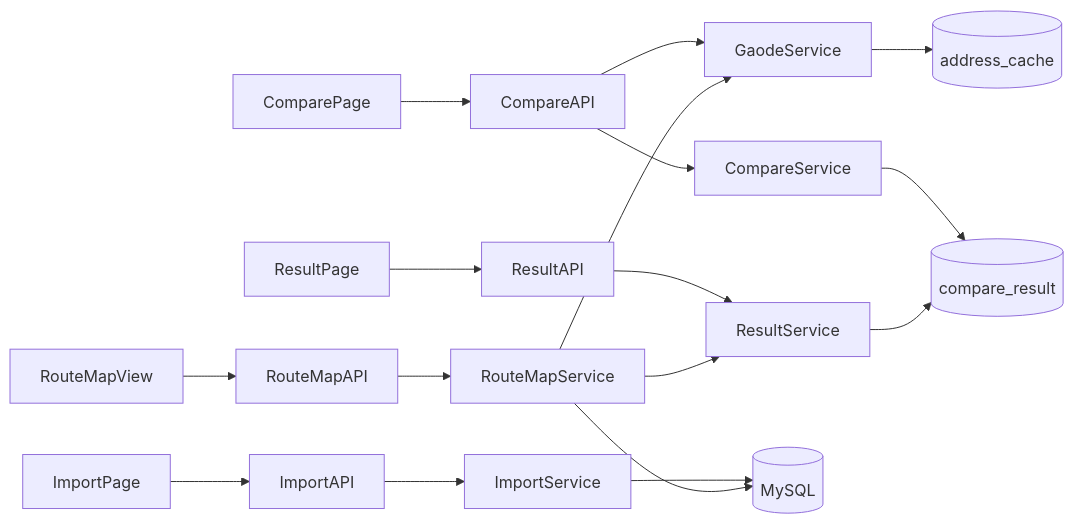
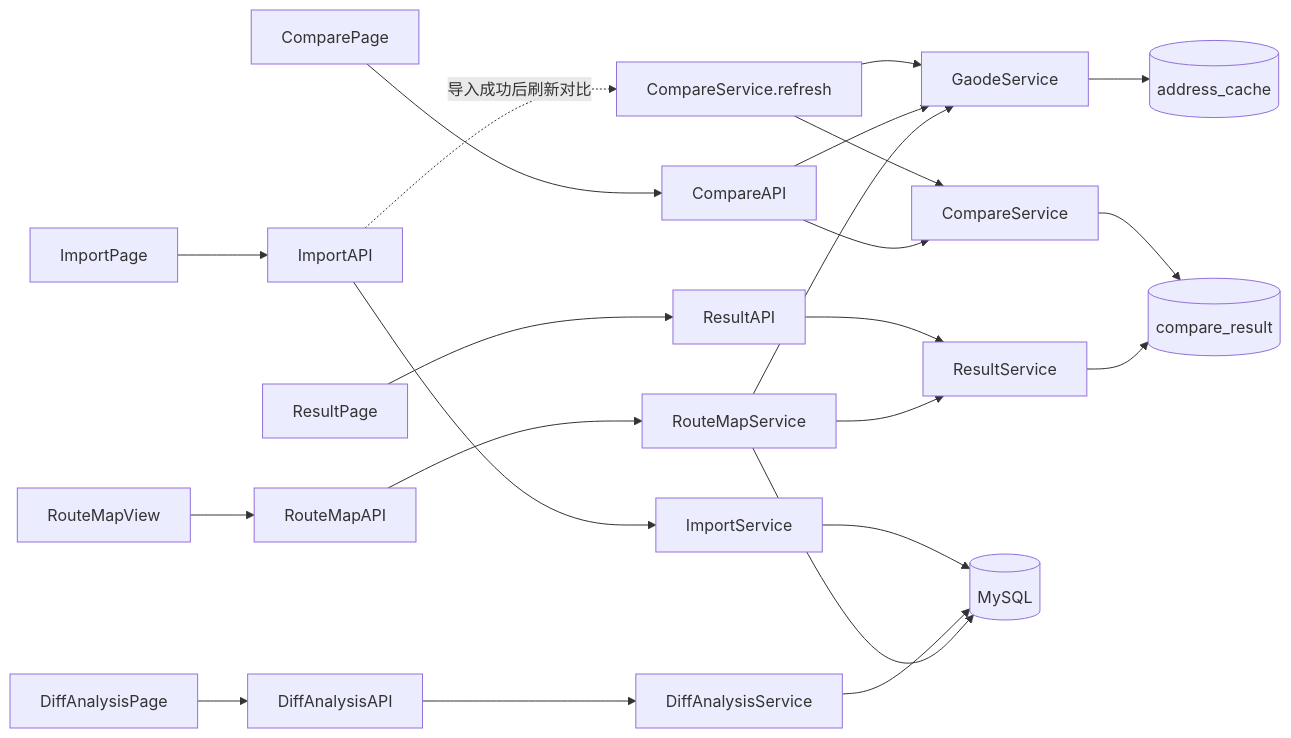
Before and after one commit to immtt/my-cursor-project: the first of 3 diagrams in docs/智能排线研发开发设计文档_V1.1.md, drawn with Mermaid. The commit also changed other lines of this file and 12 other files, not shown here.

First line of the commit message:
feat: 差异分析一店多车、路线地图与侧栏品牌

````diff
--- a/docs/智能排线研发开发设计文档_V1.1.md
+++ b/docs/智能排线研发开发设计文档_V1.1.md
@@ -28,19 +28,25 @@
 ```mermaid
 flowchart LR
   importPage[ImportPage] --> importApi[ImportAPI]
   comparePage[ComparePage] --> compareApi[CompareAPI]
   resultPage[ResultPage] --> resultApi[ResultAPI]
+  diffPage[DiffAnalysisPage] --> diffApi[DiffAnalysisAPI]
   mapPage[RouteMapView] --> routeMapApi[RouteMapAPI]
   importApi --> importService[ImportService]
-  compareApi --> gaodeService[GaodeService]
-  compareApi --> matchService[CompareService]
+  importApi -.导入成功后刷新对比.-> compareSvcHook[CompareService.refresh]
+  compareSvcHook --> gaodeService[GaodeService]
+  compareSvcHook --> matchService[CompareService]
+  compareApi --> gaodeService
+  compareApi --> matchService
   resultApi --> resultService[ResultService]
+  diffApi --> diffAnalysisService[DiffAnalysisService]
   routeMapApi --> routeMapService[RouteMapService]
   routeMapService --> gaodeService
   routeMapService --> resultService
   importService --> mainDB[(MySQL)]
   gaodeService --> cacheDB[(address_cache)]
   matchService --> compareDB[(compare_result)]
   resultService --> compareDB
+  diffAnalysisService --> mainDB
   routeMapService --> mainDB
 ```
````
